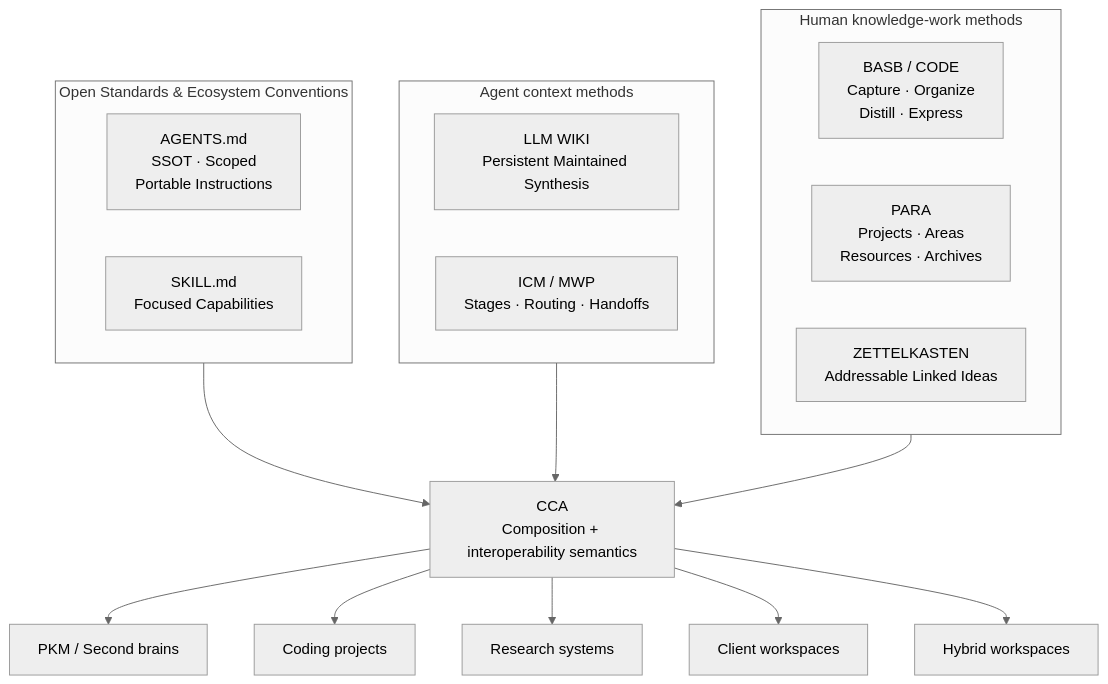
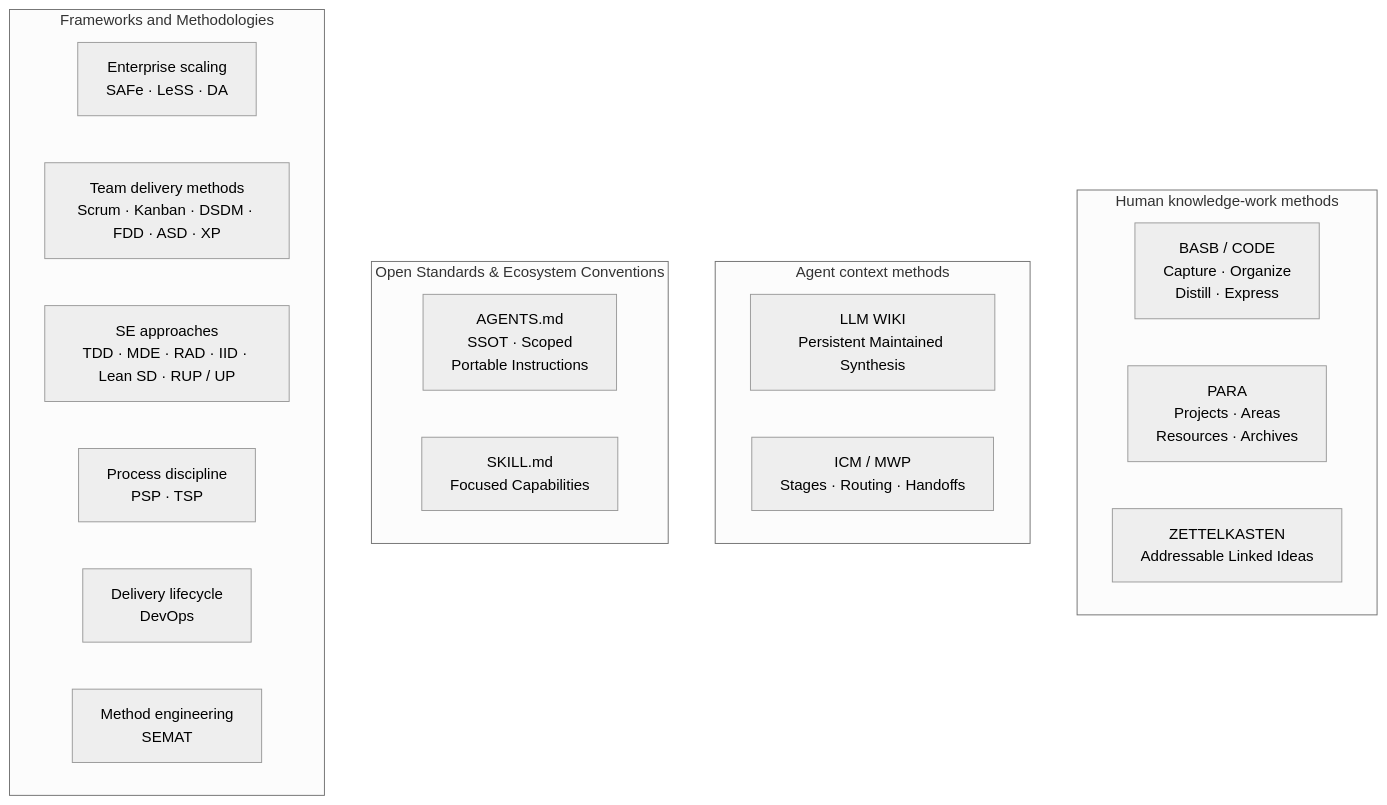
Before and after one commit to yonasuriv/CCA: the first of 5 diagrams in README.md, drawn with Mermaid (neutral theme). The commit also changed other lines of this file, not shown here.

Commit message:
Enhance README.md with clearer CCA description
Revised the introduction of CCA for clarity and conciseness. Added a plain English explanation and improved the overall structure of the document.

````diff
--- a/README.md
+++ b/README.md
@@ -27,30 +37,27 @@
 ```mermaid
 flowchart TB
     subgraph HUMANS["Human knowledge-work methods"]
         BASB["BASB / CODE\nCapture · Organize\nDistill · Express"]
         PARA["PARA\nProjects · Areas\nResources · Archives"]
         ZK["ZETTELKASTEN\nAddressable Linked Ideas"]
     end
 
     subgraph AGENTS["Agent context methods"]
         WIKI["LLM WIKI\nPersistent Maintained Synthesis"]
         ICM["ICM / MWP\nStages · Routing · Handoffs"]
     end
 
     subgraph STANDARDS["Open Standards & Ecosystem Conventions"]
         AGENTSMD["AGENTS.md\nSSOT · Scoped \n Portable Instructions"]
         SKILLSMD["SKILL.md\nFocused Capabilities"]
     end
 
-    CCA["CCA\nComposition + interoperability semantics"]
-
-    STANDARDS --> CCA
-    AGENTS --> CCA
-    HUMANS --> CCA
-
-    CCA --> BRAIN["PKM / Second brains"]
-    CCA --> CODE["Coding projects"]
-    CCA --> RESEARCH["Research systems"]
-    CCA --> CLIENT["Client workspaces"]
-    CCA --> HYBRID["Hybrid workspaces"]
+    subgraph FRAMEWORKS["Frameworks and Methodologies"]
+        FAA["Enterprise scaling\nSAFe · LeSS · DA"]
+        FAB["Team delivery methods\nScrum · Kanban · DSDM · FDD · ASD · XP"]
+        FAC["SE approaches\nTDD · MDE · RAD · IID · Lean SD · RUP / UP"]
+        FAD["Process discipline\nPSP · TSP"]
+        FAE["Delivery lifecycle\nDevOps"]
+        FAF["Method engineering\nSEMAT"]
+    end
 ```
````
